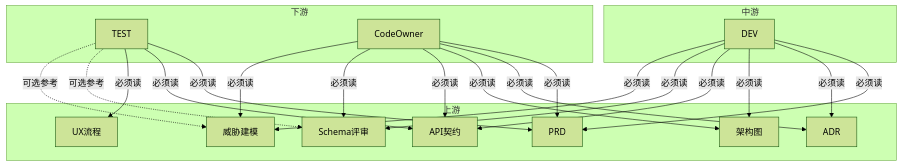
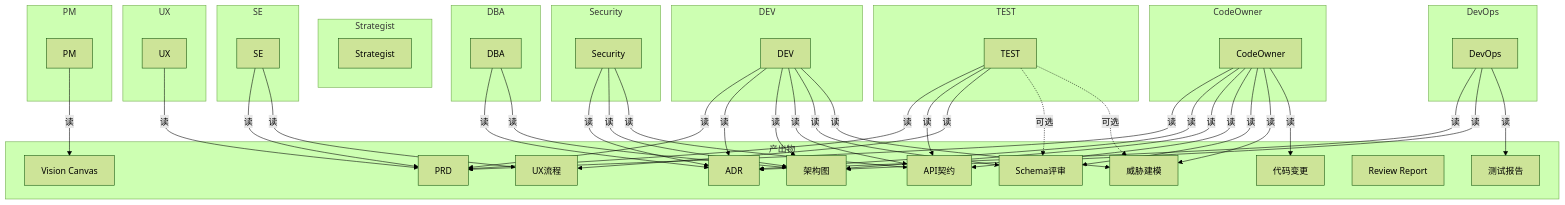
Before and after one commit to vince173/zcode-enterprise-workflow: the second of 2 diagrams in skills/enterprise-workflow/SKILL.md, drawn with Mermaid (forest theme). The commit also changed other lines of this file and 1 other file, not shown here.

Commit message:
feat: 完整依赖图(全角色+全产出物) + DEV反馈PM/SE/DBA/Security回路 + ARCHITECTURE去emoji

````diff
--- a/skills/enterprise-workflow/SKILL.md
+++ b/skills/enterprise-workflow/SKILL.md
@@ -279,36 +293,77 @@
 ```mermaid
 flowchart TB
-    subgraph 上游
-        PM_OUT[PRD]
+    subgraph 产出物
+        VC[Vision Canvas]
+        PRD_OUT[PRD]
         UX_OUT[UX流程]
         ADR_OUT[ADR]
         ARCH_OUT[架构图]
         API_OUT[API契约]
         DBA_OUT[Schema评审]
         SEC_OUT[威胁建模]
+        CODE[代码变更]
+        REVIEW[Review Report]
+        TEST_OUT[测试报告]
     end
 
-    subgraph 中游
-        DEV_IN[DEV] -->|必须读| PM_OUT
-        DEV_IN -->|必须读| ADR_OUT
-        DEV_IN -->|必须读| ARCH_OUT
-        DEV_IN -->|必须读| API_OUT
-        DEV_IN -->|必须读| DBA_OUT
-        DEV_IN -->|必须读| SEC_OUT
+    subgraph Strategist
+        S_IN[Strategist]
     end
 
-    subgraph 下游
-        TEST_IN[TEST] -->|必须读| PM_OUT
-        TEST_IN -->|必须读| API_OUT
-        TEST_IN -->|必须读| UX_OUT
-        TEST_IN -.->|可选参考| DBA_OUT
-        TEST_IN -.->|可选参考| SEC_OUT
+    subgraph PM
+        PM_IN[PM] -->|读| VC
+    end
 
-        CO_IN[CodeOwner] -->|必须读| PM_OUT
-        CO_IN -->|必须读| ADR_OUT
-        CO_IN -->|必须读| ARCH_OUT
-        CO_IN -->|必须读| API_OUT
-        CO_IN -->|必须读| DBA_OUT
-        CO_IN -->|必须读| SEC_OUT
+    subgraph UX
+        UX_IN[UX] -->|读| PRD_OUT
+    end
+
+    subgraph SE
+        SE_IN[SE] -->|读| PRD_OUT
+        SE_IN -->|读| UX_OUT
+    end
+
+    subgraph DBA
+        DBA_IN[DBA] -->|读| ADR_OUT
+        DBA_IN -->|读| ARCH_OUT
+    end
+
+    subgraph Security
+        SEC_IN[Security] -->|读| ADR_OUT
+        SEC_IN -->|读| ARCH_OUT
+        SEC_IN -->|读| API_OUT
+    end
+
+    subgraph DEV
+        DEV_IN[DEV] -->|读| PRD_OUT
+        DEV_IN -->|读| ADR_OUT
+        DEV_IN -->|读| ARCH_OUT
+        DEV_IN -->|读| API_OUT
+        DEV_IN -->|读| DBA_OUT
+        DEV_IN -->|读| SEC_OUT
+    end
+
+    subgraph CodeOwner
+        CO_IN[CodeOwner] -->|读| PRD_OUT
+        CO_IN -->|读| ADR_OUT
+        CO_IN -->|读| ARCH_OUT
+        CO_IN -->|读| API_OUT
+        CO_IN -->|读| DBA_OUT
+        CO_IN -->|读| SEC_OUT
+        CO_IN -->|读| CODE
+    end
+
+    subgraph TEST
+        TEST_IN[TEST] -->|读| PRD_OUT
+        TEST_IN -->|读| API_OUT
+        TEST_IN -->|读| UX_OUT
+        TEST_IN -.->|可选| DBA_OUT
+        TEST_IN -.->|可选| SEC_OUT
+    end
+
+    subgraph DevOps
+        DO_IN[DevOps] -->|读| ADR_OUT
+        DO_IN -->|读| ARCH_OUT
+        DO_IN -->|读| TEST_OUT
     end
 ```
````
